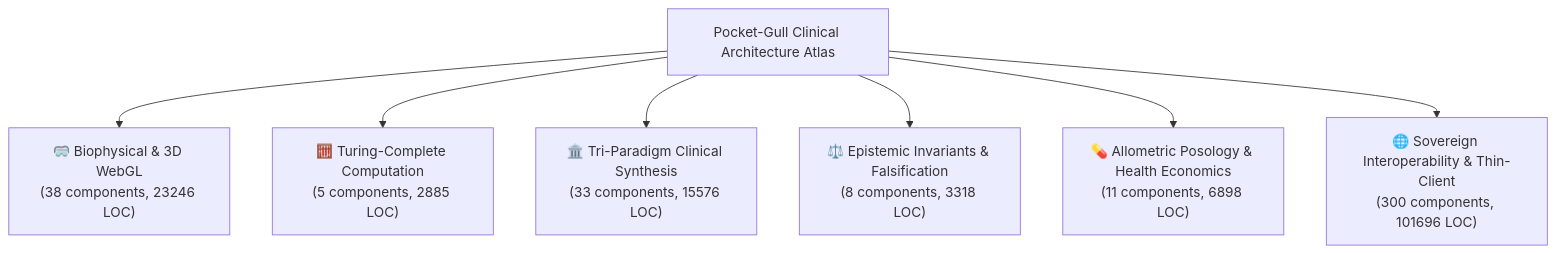
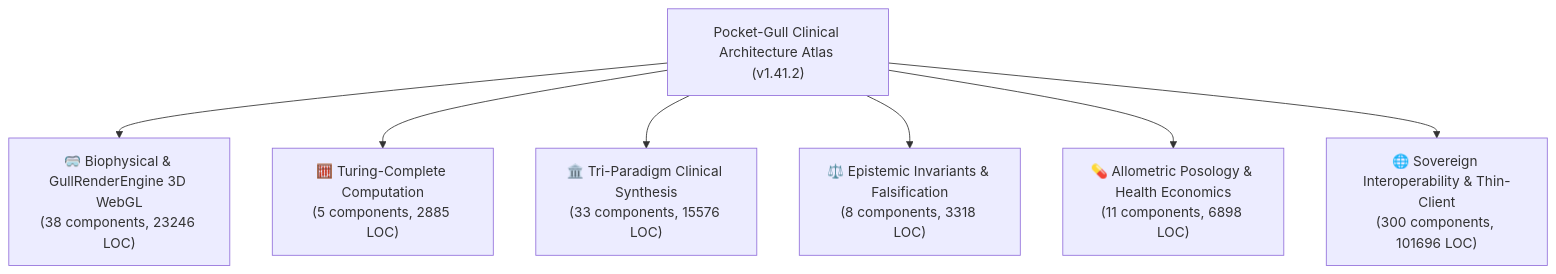
The diagram in docs/ARCHITECTURE_ATLAS.md (pocketgull-app/pocketgull), drawn with Mermaid before and after one commit. The commit also changed other lines of this file and 18 other files, not shown here.

````diff
--- a/docs/ARCHITECTURE_ATLAS.md
+++ b/docs/ARCHITECTURE_ATLAS.md
@@ -19,10 +21,10 @@
 ```mermaid
 graph TD
-    Atlas["Pocket-Gull Clinical Architecture Atlas"]
-    Atlas --> S_biophysical_3d["🥽 Biophysical & 3D WebGL<br/>(38 components, 23246 LOC)"]
+    Atlas["Pocket-Gull Clinical Architecture Atlas (v1.41.2)"]
+    Atlas --> S_biophysical_3d["🥽 Biophysical & GullRenderEngine 3D WebGL<br/>(38 components, 23246 LOC)"]
     Atlas --> S_turing_computation["🧮 Turing-Complete Computation<br/>(5 components, 2885 LOC)"]
     Atlas --> S_tri_paradigm_synthesis["🏛️ Tri-Paradigm Clinical Synthesis<br/>(33 components, 15576 LOC)"]
     Atlas --> S_epistemic_invariants["⚖️ Epistemic Invariants & Falsification<br/>(8 components, 3318 LOC)"]
     Atlas --> S_allometric_posology["💊 Allometric Posology & Health Economics<br/>(11 components, 6898 LOC)"]
     Atlas --> S_sovereign_interop["🌐 Sovereign Interoperability & Thin-Client<br/>(300 components, 101696 LOC)"]
 ```
````
